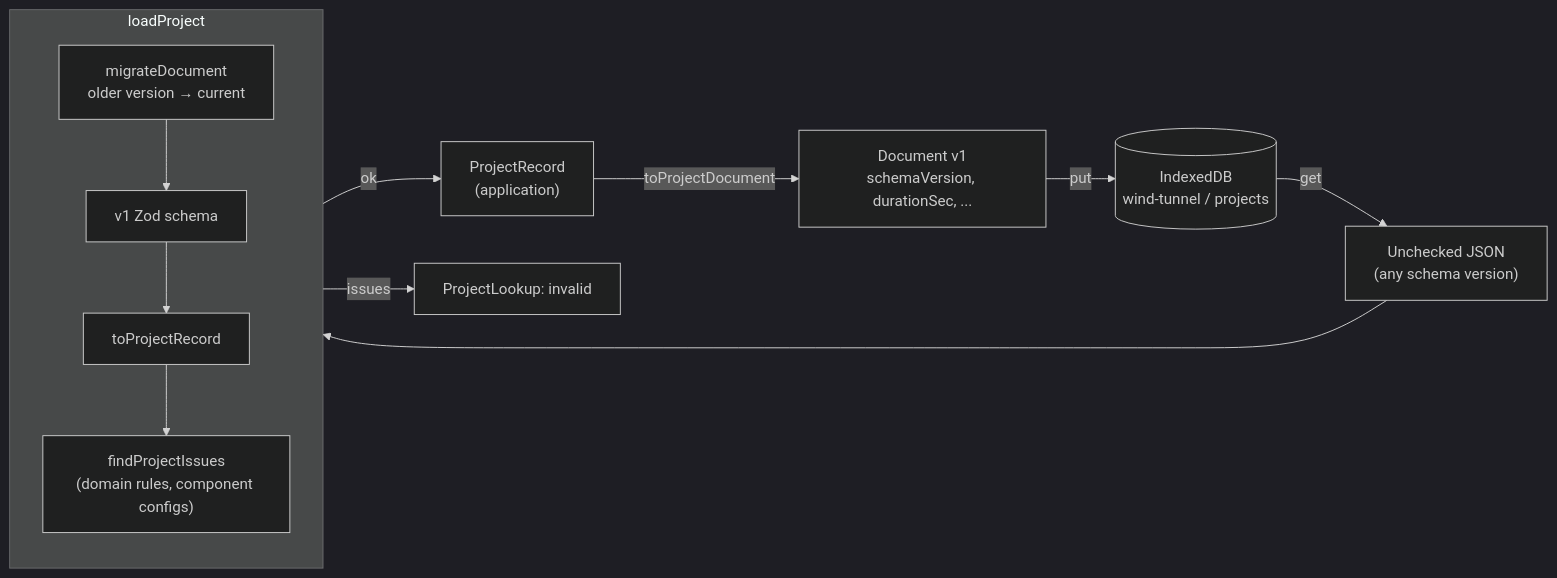
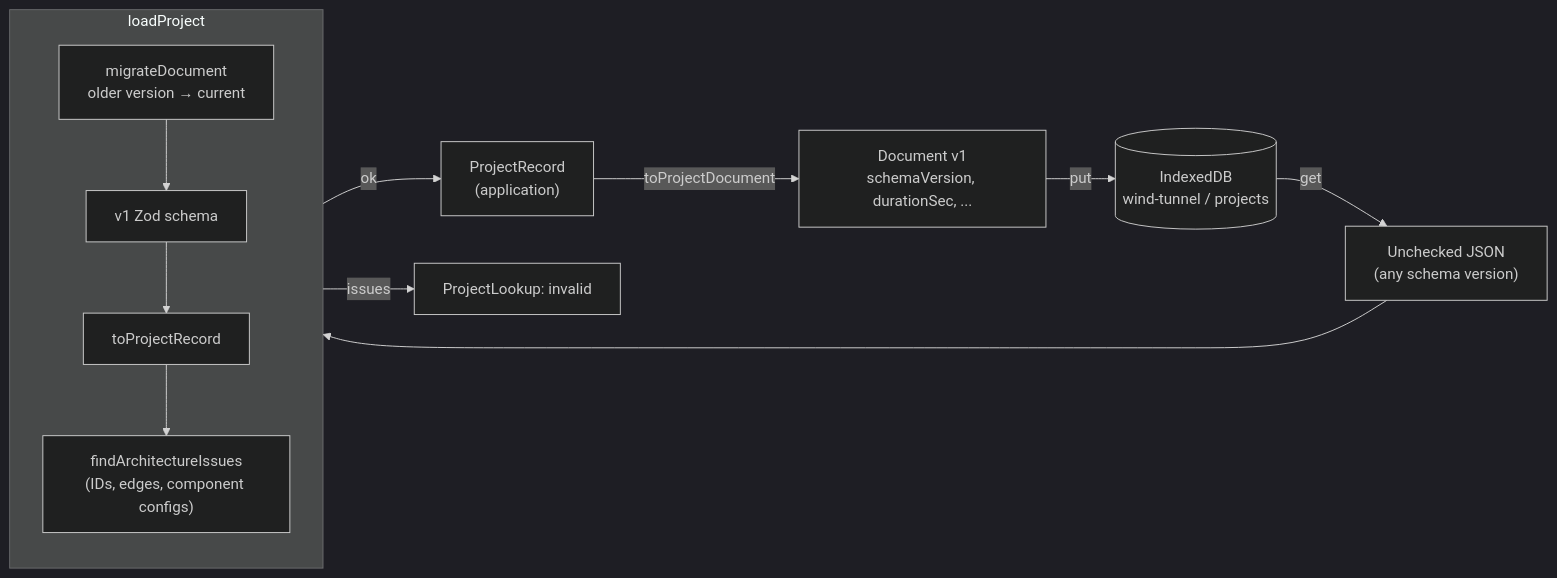
One commit to alanbickel/wind-tunnel changed the second of 2 diagrams in docs/architecture/application-layer.md. Above: the diagram before and after it, drawn with Mermaid (dark theme). The commit also changed other lines of this file and 72 other files, not shown here.

Commit message:
feat: validate workflows apart from the architecture (#100)

````diff
--- a/docs/architecture/application-layer.md
+++ b/docs/architecture/application-layer.md
@@ -104,15 +106,15 @@
 ```mermaid
 flowchart LR
     R["ProjectRecord<br/>(application)"] -->|toProjectDocument| D["Document v1<br/>schemaVersion, durationSec, ..."]
     D -->|put| DB[("IndexedDB<br/>wind-tunnel / projects")]
     DB -->|get| U["Unchecked JSON<br/>(any schema version)"]
     U --> L
     subgraph L["loadProject"]
         direction TB
         M["migrateDocument<br/>older version → current"] --> S["v1 Zod schema"]
         S --> TR["toProjectRecord"]
-        TR --> V["findProjectIssues<br/>(domain rules, component configs)"]
+        TR --> V["findArchitectureIssues<br/>(IDs, edges, component configs)"]
     end
     L -->|ok| R
     L -->|issues| INV["ProjectLookup: invalid"]
 ```
````
